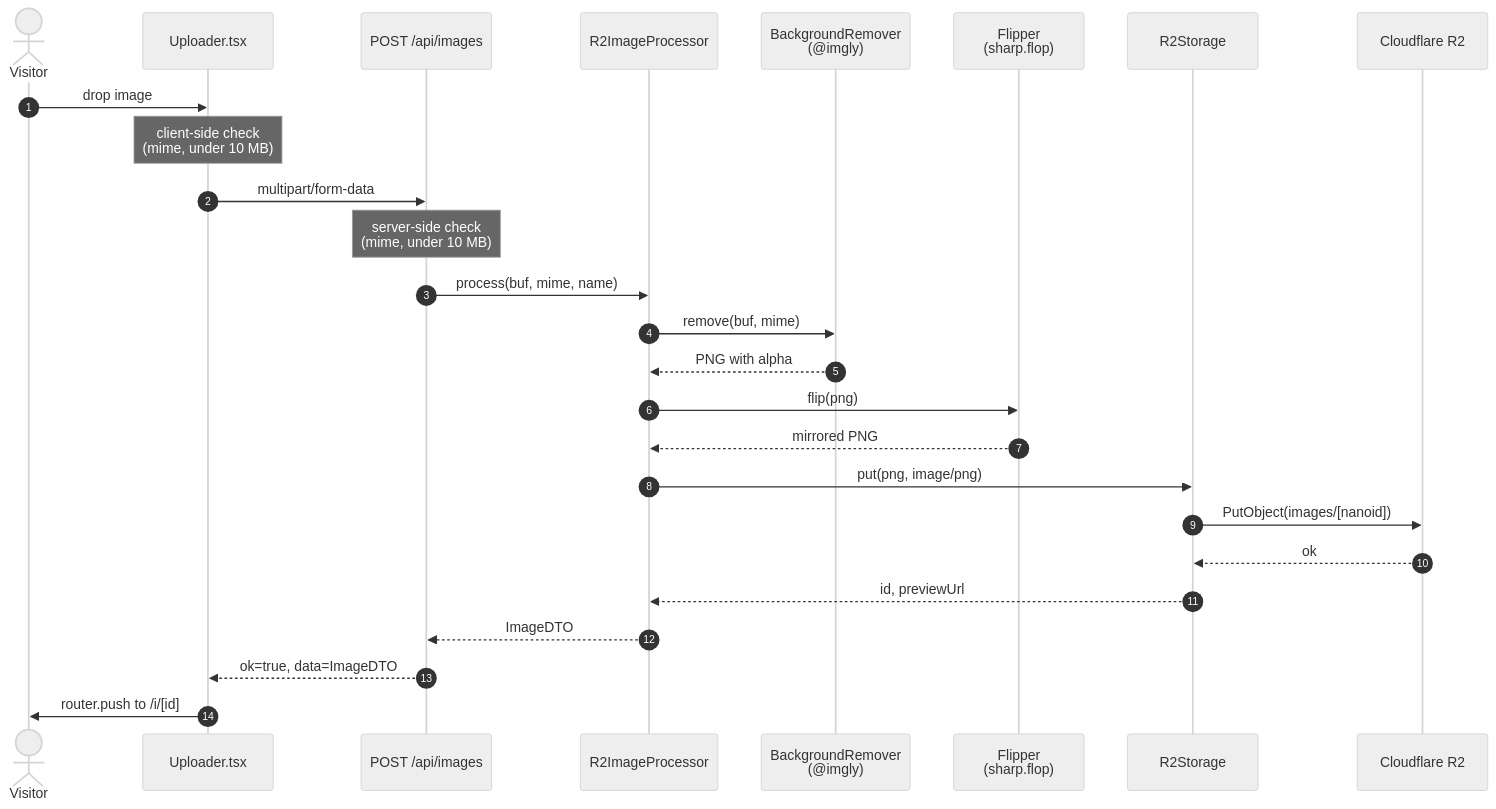
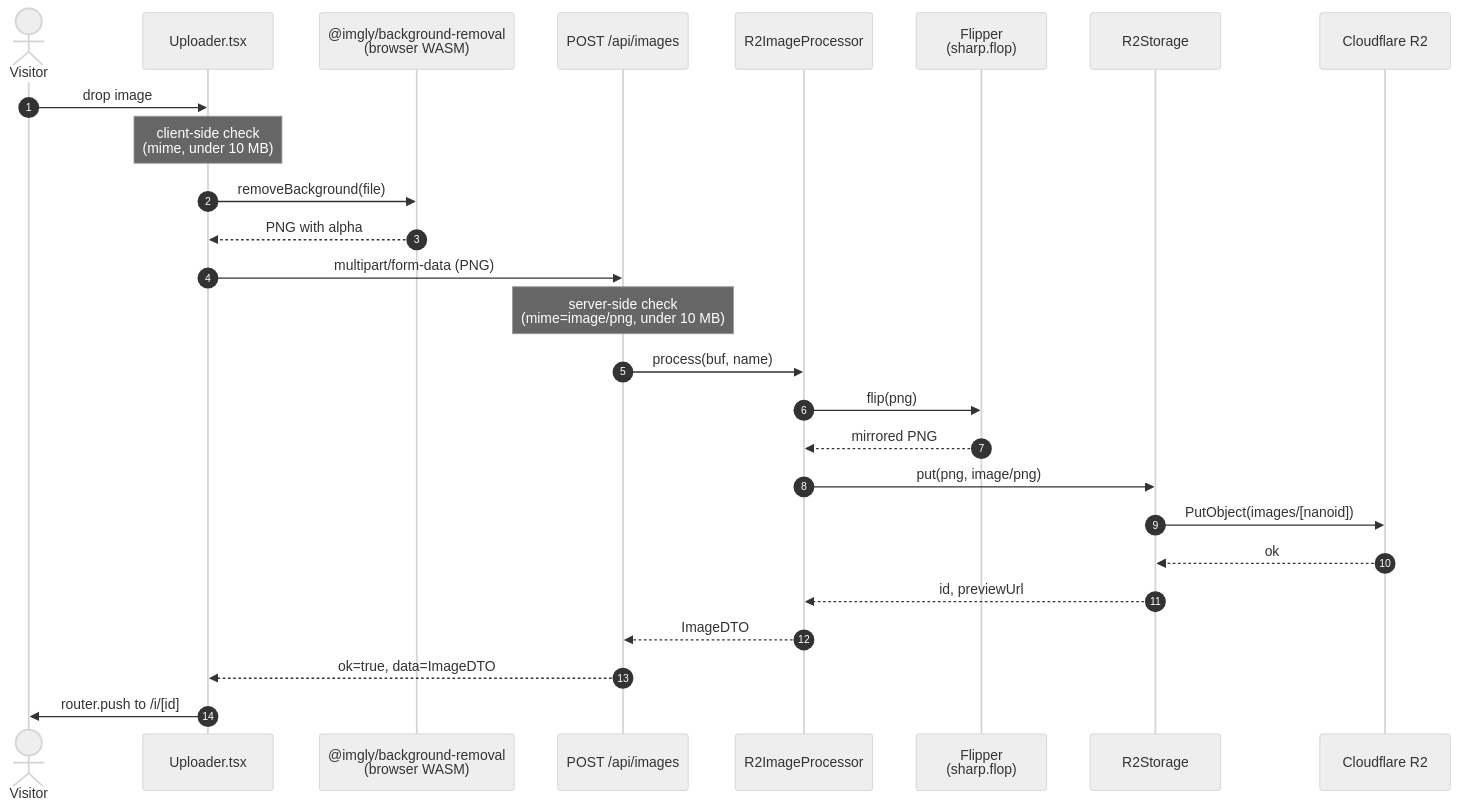
Before and after one commit to agustin-vaca/image-transformation: the third of 5 diagrams in docs/ARCHITECTURE.md, drawn with Mermaid (neutral theme). The commit also changed other lines of this file and 21 other files, not shown here.

First line of the commit message:
perf: move bg-removal to the browser (eliminates ~14s server CPU floor) (#15)

````diff
--- a/docs/ARCHITECTURE.md
+++ b/docs/ARCHITECTURE.md
@@ -121,29 +120,29 @@
 ```mermaid
 sequenceDiagram
     autonumber
     actor U as Visitor
     participant UI as Uploader.tsx
+    participant BG as @imgly/background-removal<br/>(browser WASM)
     participant API as POST /api/images
     participant P as R2ImageProcessor
-    participant BG as BackgroundRemover<br/>(@imgly)
     participant F as Flipper<br/>(sharp.flop)
     participant S as R2Storage
     participant R2 as Cloudflare R2
 
     U->>UI: drop image
     Note over UI: client-side check<br/>(mime, under 10 MB)
-    UI->>API: multipart/form-data
-    Note over API: server-side check<br/>(mime, under 10 MB)
-    API->>P: process(buf, mime, name)
-    P->>BG: remove(buf, mime)
-    BG-->>P: PNG with alpha
+    UI->>BG: removeBackground(file)
+    BG-->>UI: PNG with alpha
+    UI->>API: multipart/form-data (PNG)
+    Note over API: server-side check<br/>(mime=image/png, under 10 MB)
+    API->>P: process(buf, name)
     P->>F: flip(png)
     F-->>P: mirrored PNG
     P->>S: put(png, image/png)
     S->>R2: PutObject(images/[nanoid])
     R2-->>S: ok
     S-->>P: id, previewUrl
     P-->>API: ImageDTO
     API-->>UI: ok=true, data=ImageDTO
     UI->>U: router.push to /i/[id]
 ```
````
